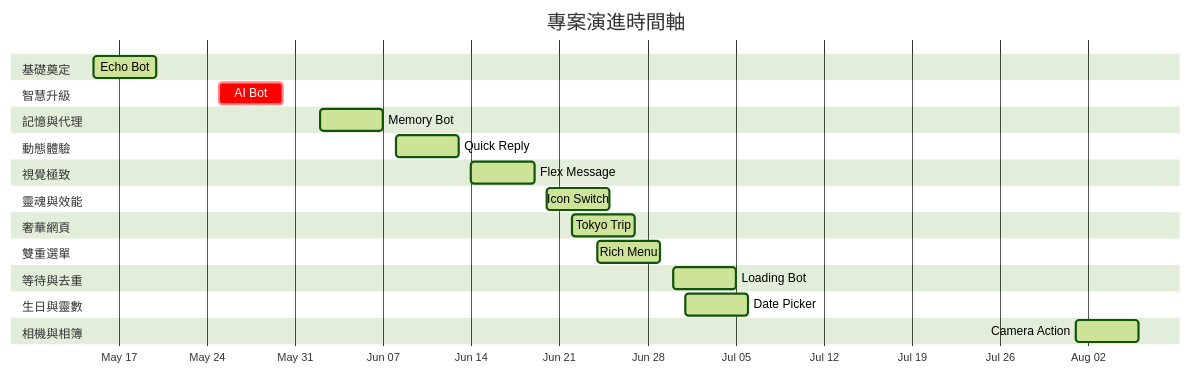
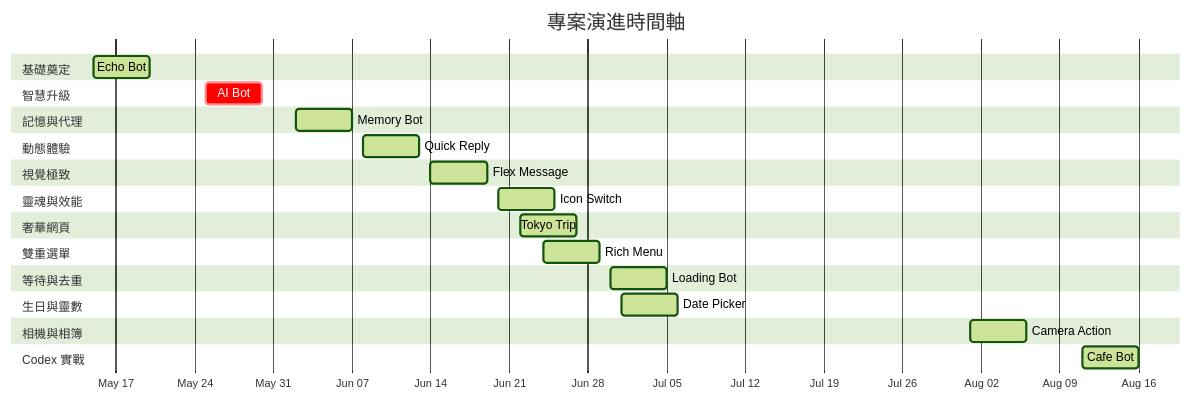
Before and after one commit to zonawang/zona-ai-learning-lab: the diagram in README.md, drawn with Mermaid (forest theme). The commit also changed other lines of this file, not shown here.

Commit message:
Add Codex LINE cafe bot project entry

````diff
--- a/README.md
+++ b/README.md
@@ -11,39 +11,42 @@
 ```mermaid
 gantt
     title 專案演進時間軸
     dateFormat  YYYY-MM-DD
     axisFormat  %b %d
     
     section 基礎奠定
     Echo Bot :active, p1, 2026-05-15, 5d
     
     section 智慧升級
     AI Bot :crit, p2, 2026-05-25, 5d
     
     section 記憶與代理
     Memory Bot :active, p3, 2026-06-02, 5d
     
     section 動態體驗
     Quick Reply :active, p4, 2026-06-08, 5d
     
     section 視覺極致
     Flex Message :active, p5, 2026-06-14, 5d
     
     section 靈魂與效能
     Icon Switch :active, p6, 2026-06-20, 5d
     
     section 奢華網頁
     Tokyo Trip :active, p7, 2026-06-22, 5d
     
     section 雙重選單
     Rich Menu :active, p8, 2026-06-24, 5d
     
     section 等待與去重
     Loading Bot :active, p9, 2026-06-30, 5d
     
     section 生日與靈數
     Date Picker :active, p10, 2026-07-01, 5d
     
     section 相機與相簿
     Camera Action :active, p11, 2026-08-01, 5d
+
+    section Codex 實戰
+    Cafe Bot :active, p12, 2026-08-11, 5d
 ```
````
